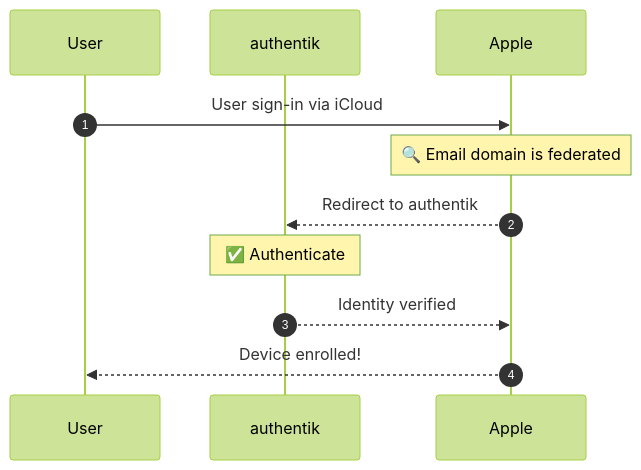
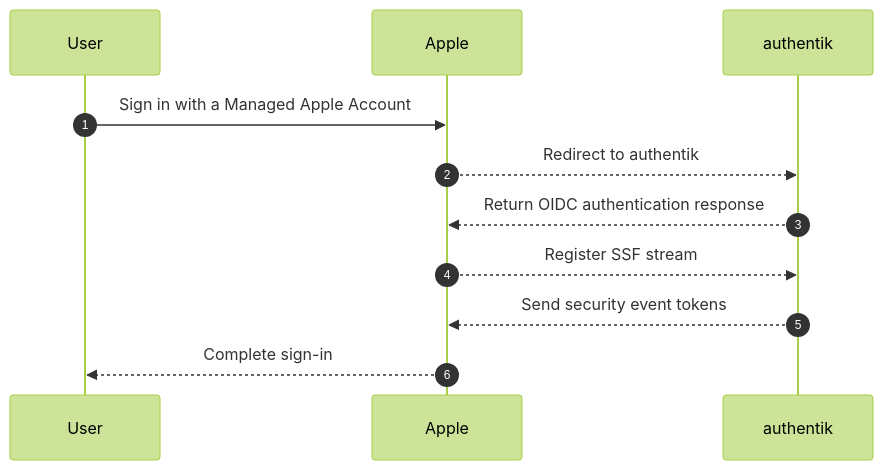
One commit to goauthentik/authentik changed the diagram in website/integrations/device-management/apple/index.md. Above: the diagram before and after it, drawn with Mermaid (forest theme). The commit also changed other lines of this file, not shown here.

First line of the commit message:
website/integrations: Apple Business Manager: cleanup

````diff
--- a/website/integrations/device-management/apple/index.md
+++ b/website/integrations/device-management/apple/index.md
@@ -42,15 +26,14 @@
 ```mermaid
 sequenceDiagram
     autonumber
     participant User
+    participant Apple
     participant authentik
-    participant Apple
 
-    User->>Apple: User sign-in via iCloud
-    Note over Apple: 🔍 Email domain is federated
+    User->>Apple: Sign in with a Managed Apple Account
     Apple-->>authentik: Redirect to authentik
-    Note over authentik: ✅ Authenticate
-    authentik-->>Apple: Identity verified
-    Apple-->>User: Device enrolled!
-
+    authentik-->>Apple: Return OIDC authentication response
+    Apple-->>authentik: Register SSF stream
+    authentik-->>Apple: Send security event tokens
+    Apple-->>User: Complete sign-in
 ```
````
